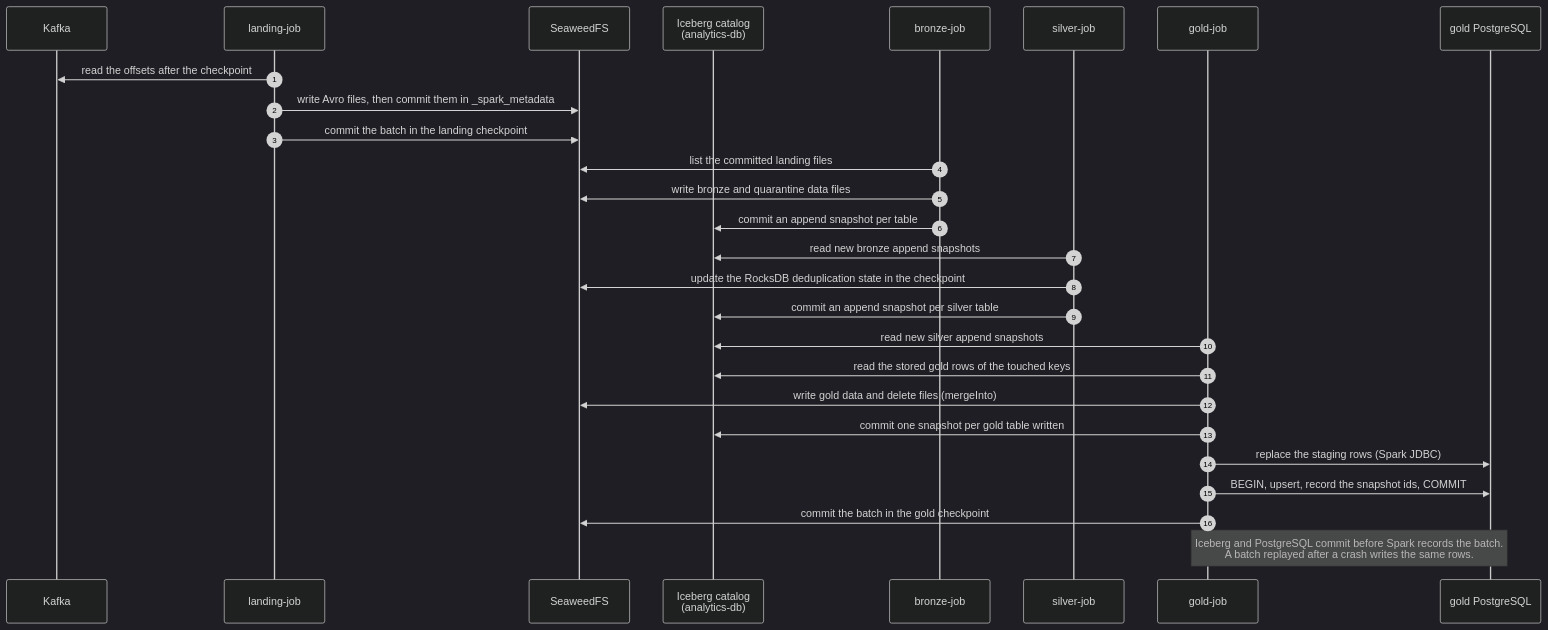
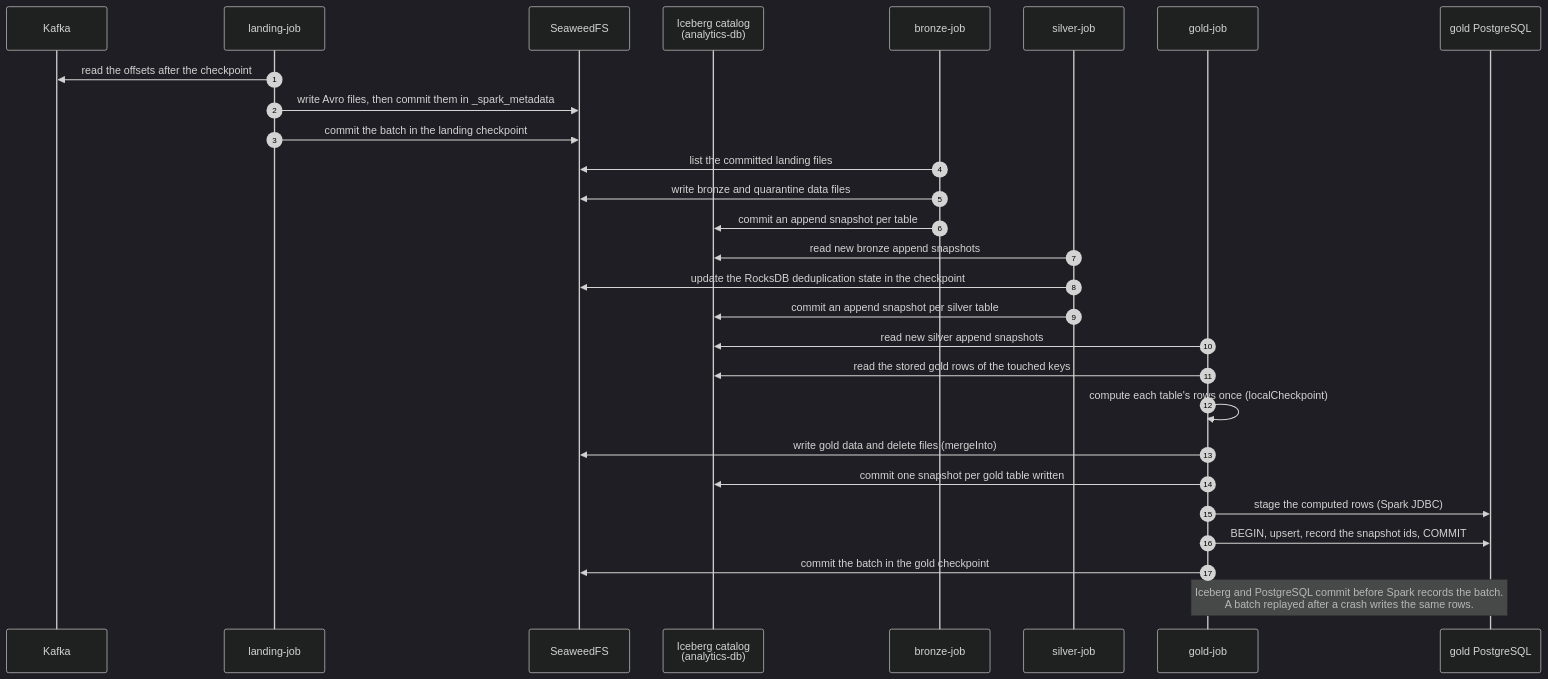
One commit to jonathan5p/deel-home-task changed the third of 4 diagrams in docs/architecture/overview.md. Above: the diagram before and after it, drawn with Mermaid (dark theme). The commit also changed other lines of this file and 2 other files, not shown here.

Commit message:
docs(architecture): show the four gold streams and the shared views, and size gold's read-time questions

````diff
--- a/docs/architecture/overview.md
+++ b/docs/architecture/overview.md
@@ -208,30 +224,31 @@
 ```mermaid
 sequenceDiagram
     autonumber
     participant K as Kafka
     participant L as landing-job
     participant S3 as SeaweedFS
     participant C as Iceberg catalog<br/>(analytics-db)
     participant B as bronze-job
     participant Si as silver-job
     participant G as gold-job
     participant PG as gold PostgreSQL
 
     L->>K: read the offsets after the checkpoint
     L->>S3: write Avro files, then commit them in _spark_metadata
     L->>S3: commit the batch in the landing checkpoint
     B->>S3: list the committed landing files
     B->>S3: write bronze and quarantine data files
     B->>C: commit an append snapshot per table
     Si->>C: read new bronze append snapshots
     Si->>S3: update the RocksDB deduplication state in the checkpoint
     Si->>C: commit an append snapshot per silver table
     G->>C: read new silver append snapshots
     G->>C: read the stored gold rows of the touched keys
+    G->>G: compute each table's rows once (localCheckpoint)
     G->>S3: write gold data and delete files (mergeInto)
     G->>C: commit one snapshot per gold table written
-    G->>PG: replace the staging rows (Spark JDBC)
+    G->>PG: stage the computed rows (Spark JDBC)
     G->>PG: BEGIN, upsert, record the snapshot ids, COMMIT
     G->>S3: commit the batch in the gold checkpoint
     Note over G,PG: Iceberg and PostgreSQL commit before Spark records the batch.<br/>A batch replayed after a crash writes the same rows.
 ```
````
